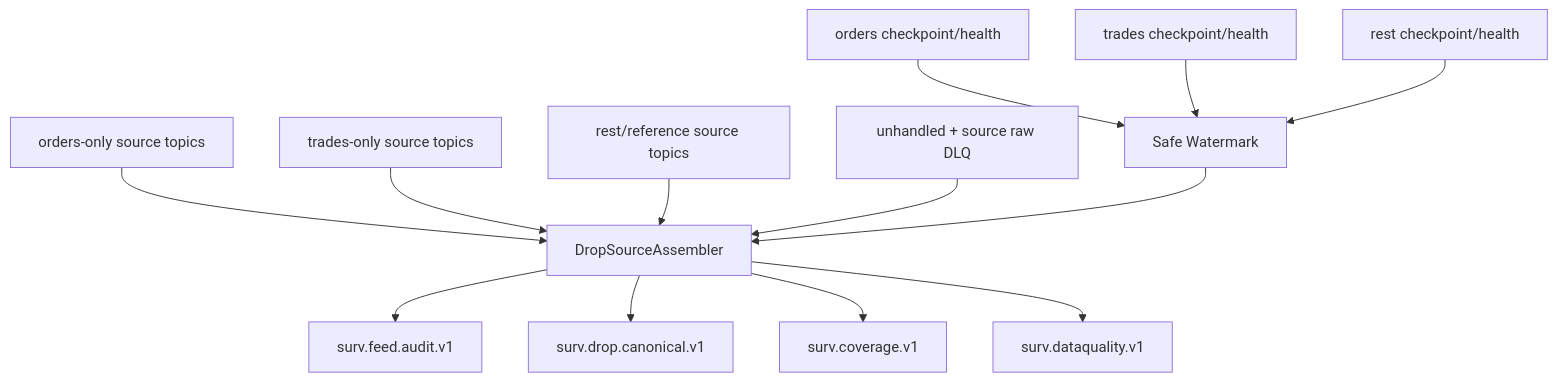
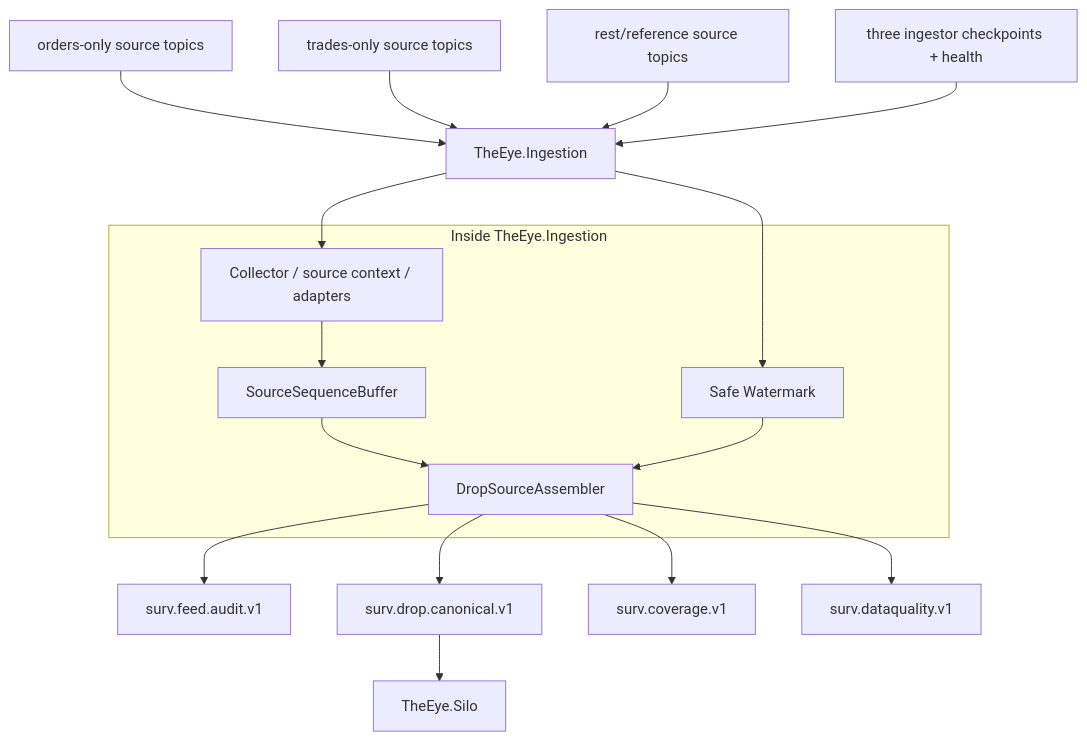
Before and after one commit to adnanelhabashy/surveillance-knowledge-base: the diagram in Market-Surveillance-Full-Plan-Doc-Refrence/Architecture/Implementation-Start/01 - Global Sequence and Feed Continuity.md, drawn with Mermaid. The commit also changed other lines of this file, not shown here.

Commit message:
docs: align feed continuity with in-process Ingestor canonical boundary

````diff
--- a/Market-Surveillance-Full-Plan-Doc-Refrence/Architecture/Implementation-Start/01 - Global Sequence and Feed Continuity.md
+++ b/Market-Surveillance-Full-Plan-Doc-Refrence/Architecture/Implementation-Start/01 - Global Sequence and Feed Continuity.md
@@ -113,17 +112,26 @@
 ```mermaid
 flowchart TB
-    O[orders-only source topics] --> A[DropSourceAssembler]
-    T[trades-only source topics] --> A
-    R[rest/reference source topics] --> A
-    U[unhandled + source raw DLQ] --> A
+    O[orders-only source topics] --> ING[TheEye.Ingestion]
+    T[trades-only source topics] --> ING
+    R[rest/reference source topics] --> ING
+    REDIS[three ingestor checkpoints + health] --> ING
 
-    W1[orders checkpoint/health] --> W[Safe Watermark]
-    W2[trades checkpoint/health] --> W
-    W3[rest checkpoint/health] --> W
-    W --> A
+    subgraph INGPROC[Inside TheEye.Ingestion]
+        COL[Collector / source context / adapters]
+        BUF[SourceSequenceBuffer]
+        WM[Safe Watermark]
+        ASM[DropSourceAssembler]
+        COL --> BUF --> ASM
+        WM --> ASM
+    end
 
-    A --> AUDIT[surv.feed.audit.v1]
-    A --> CANON[surv.drop.canonical.v1]
-    A --> COV[surv.coverage.v1]
-    A --> DQ[surv.dataquality.v1]
+    ING --> COL
+    ING --> WM
+
+    ASM --> AUDIT[surv.feed.audit.v1]
+    ASM --> CANON[surv.drop.canonical.v1]
+    ASM --> COV[surv.coverage.v1]
+    ASM --> DQ[surv.dataquality.v1]
+
+    CANON --> SILO[TheEye.Silo]
 ```
````
